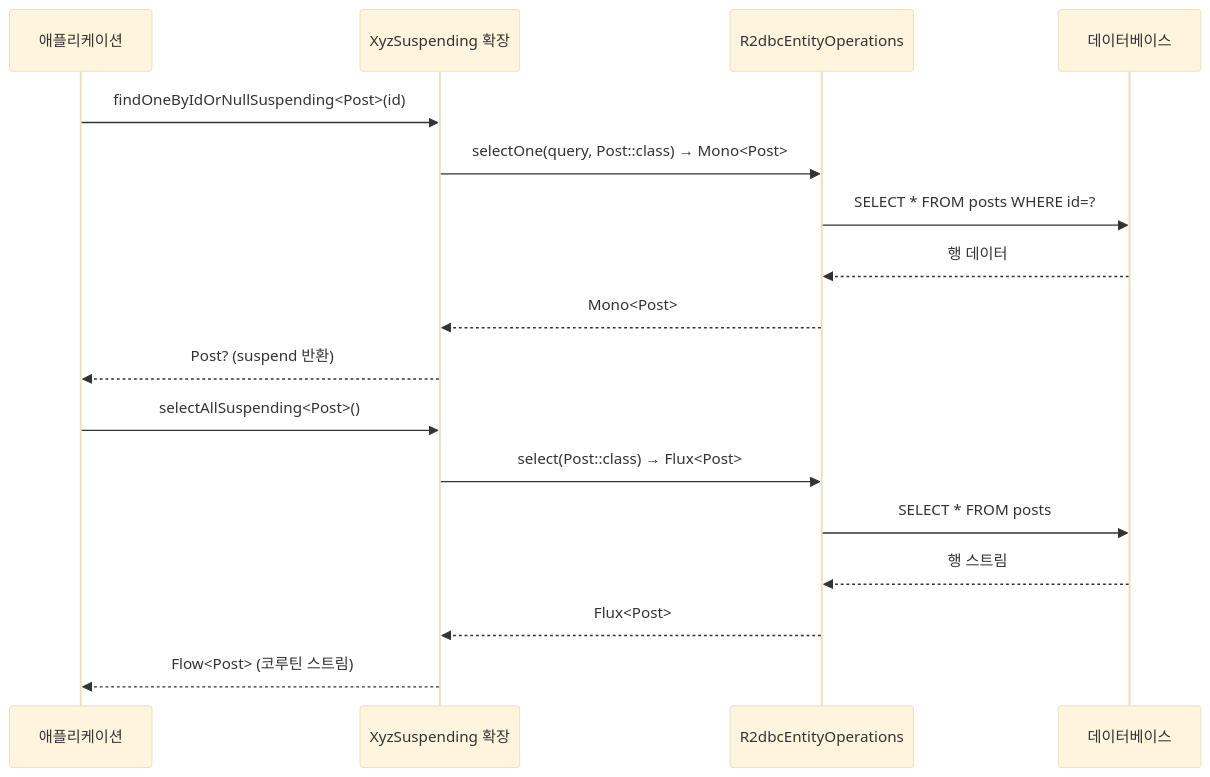
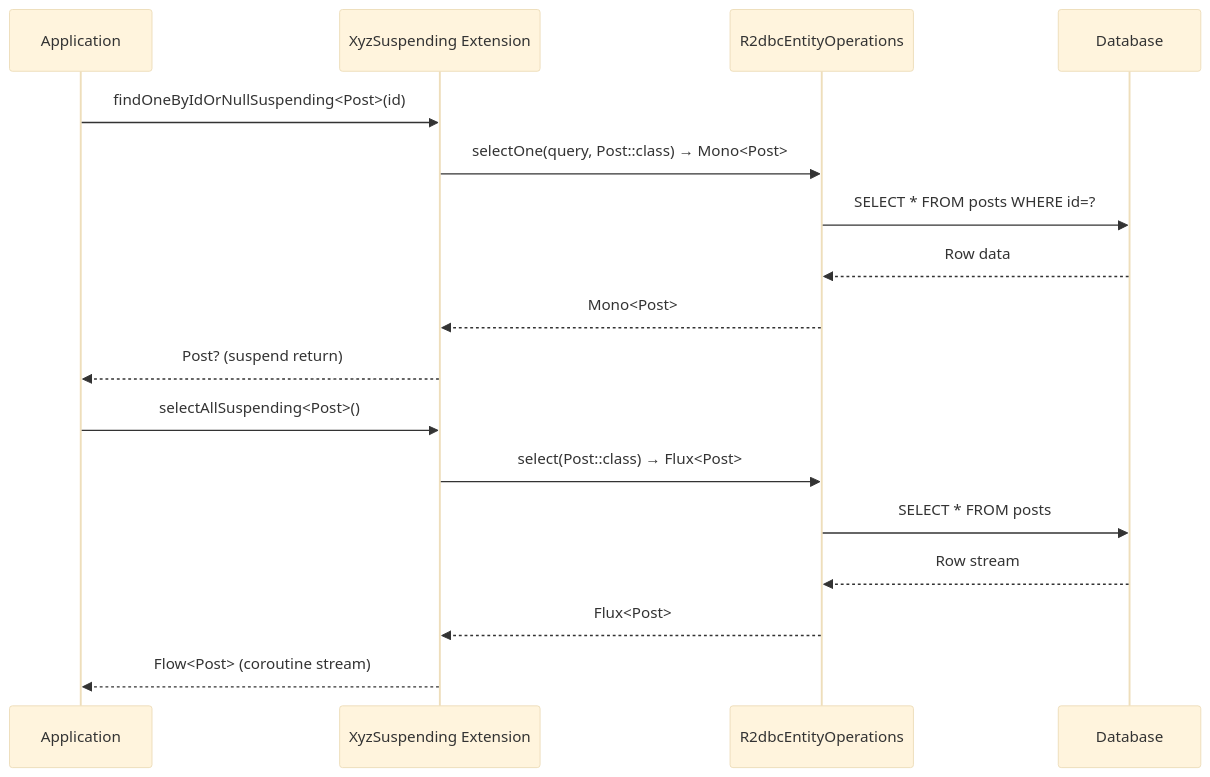
Before and after one commit to bluetape4k/bluetape4k-projects: the fourth of 4 diagrams in spring-boot3/r2dbc/README.md, drawn with Mermaid (base theme). The commit also changed other lines of this file and 265 other files, not shown here.

````diff
--- a/spring-boot3/r2dbc/README.md
+++ b/spring-boot3/r2dbc/README.md
@@ -386,21 +388,21 @@
 ```mermaid
 sequenceDiagram
-    participant App as 애플리케이션
-    participant Ext as XyzSuspending 확장
+    participant App as Application
+    participant Ext as XyzSuspending Extension
     participant Ops as R2dbcEntityOperations
-    participant DB as 데이터베이스
+    participant DB as Database
 
     App->>Ext: findOneByIdOrNullSuspending<Post>(id)
     Ext->>Ops: selectOne(query, Post::class) → Mono<Post>
     Ops->>DB: SELECT * FROM posts WHERE id=?
-    DB-->>Ops: 행 데이터
+    DB-->>Ops: Row data
     Ops-->>Ext: Mono<Post>
-    Ext-->>App: Post? (suspend 반환)
+    Ext-->>App: Post? (suspend return)
 
     App->>Ext: selectAllSuspending<Post>()
     Ext->>Ops: select(Post::class) → Flux<Post>
     Ops->>DB: SELECT * FROM posts
-    DB-->>Ops: 행 스트림
+    DB-->>Ops: Row stream
     Ops-->>Ext: Flux<Post>
-    Ext-->>App: Flow<Post> (코루틴 스트림)
+    Ext-->>App: Flow<Post> (coroutine stream)
 ```
````
